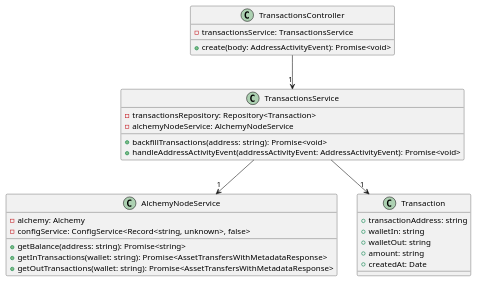
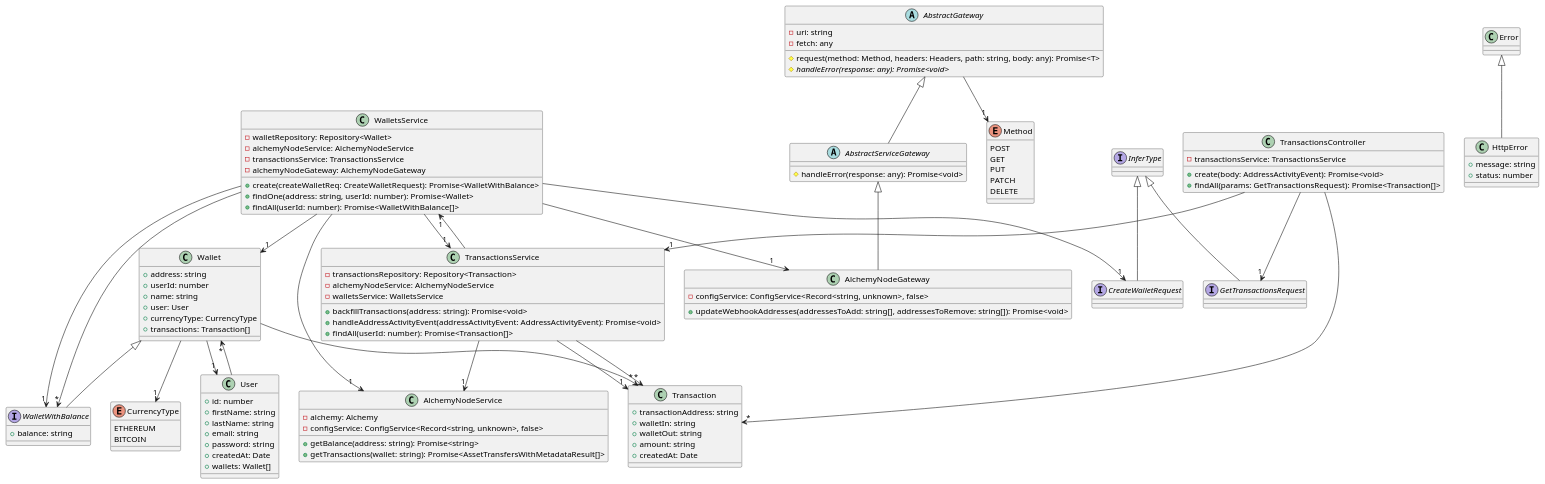
One commit to SOEN-490-Capstone/Cryptify changed the diagram in packages/docs/diagrams/class_diagram_eth-edge_transactions.puml. Above: the diagram before and after it, drawn with PlantUML. The commit also changed 17 other files, not shown here.

Commit message:
Update class diagrams

```diff
--- a/packages/docs/diagrams/class_diagram_eth-edge_transactions.puml
+++ b/packages/docs/diagrams/class_diagram_eth-edge_transactions.puml
@@ -1,29 +1,106 @@
 @startuml
 class AlchemyNodeService {
     -alchemy: Alchemy
     -configService: ConfigService<Record<string, unknown>, false>
     +getBalance(address: string): Promise<string>
-    +getInTransactions(wallet: string): Promise<AssetTransfersWithMetadataResponse>
-    +getOutTransactions(wallet: string): Promise<AssetTransfersWithMetadataResponse>
+    +getTransactions(wallet: string): Promise<AssetTransfersWithMetadataResult[]>
 }
 class Transaction {
     +transactionAddress: string
     +walletIn: string
     +walletOut: string
     +amount: string
     +createdAt: Date
 }
+class User {
+    +id: number
+    +firstName: string
+    +lastName: string
+    +email: string
+    +password: string
+    +createdAt: Date
+    +wallets: Wallet[]
+}
+enum CurrencyType {
+    ETHEREUM
+    BITCOIN
+}
+class Wallet {
+    +address: string
+    +userId: number
+    +name: string
+    +user: User
+    +currencyType: CurrencyType
+    +transactions: Transaction[]
+}
+interface CreateWalletRequest extends InferType
+interface WalletWithBalance extends Wallet {
+    +balance: string
+}
+abstract class AbstractGateway {
+    -uri: string
+    -fetch: any
+    #request(method: Method, headers: Headers, path: string, body: any): Promise<T>
+    #{abstract} handleError(response: any): Promise<void>
+}
+enum Method {
+    POST
+    GET
+    PUT
+    PATCH
+    DELETE
+}
+class HttpError extends Error {
+    +message: string
+    +status: number
+}
+abstract class AbstractServiceGateway extends AbstractGateway {
+    #handleError(response: any): Promise<void>
+}
+class AlchemyNodeGateway extends AbstractServiceGateway {
+    -configService: ConfigService<Record<string, unknown>, false>
+    +updateWebhookAddresses(addressesToAdd: string[], addressesToRemove: string[]): Promise<void>
+}
+class WalletsService {
+    -walletRepository: Repository<Wallet>
+    -alchemyNodeService: AlchemyNodeService
+    -transactionsService: TransactionsService
+    -alchemyNodeGateway: AlchemyNodeGateway
+    +create(createWalletReq: CreateWalletRequest): Promise<WalletWithBalance>
+    +findOne(address: string, userId: number): Promise<Wallet>
+    +findAll(userId: number): Promise<WalletWithBalance[]>
+}
 class TransactionsService {
     -transactionsRepository: Repository<Transaction>
     -alchemyNodeService: AlchemyNodeService
+    -walletsService: WalletsService
     +backfillTransactions(address: string): Promise<void>
     +handleAddressActivityEvent(addressActivityEvent: AddressActivityEvent): Promise<void>
+    +findAll(userId: number): Promise<Transaction[]>
 }
+interface GetTransactionsRequest extends InferType
 class TransactionsController {
     -transactionsService: TransactionsService
     +create(body: AddressActivityEvent): Promise<void>
+    +findAll(params: GetTransactionsRequest): Promise<Transaction[]>
 }
+User --> "*" Wallet
+Wallet --> "1" User
+Wallet --> "1" CurrencyType
+Wallet --> "*" Transaction
+AbstractGateway --> "1" Method
+WalletsService --> "1" Wallet
+WalletsService --> "1" AlchemyNodeService
+WalletsService --> "1" TransactionsService
+WalletsService --> "1" AlchemyNodeGateway
+WalletsService --> "1" CreateWalletRequest
+WalletsService --> "1" WalletWithBalance
+WalletsService --> "*" WalletWithBalance
 TransactionsService --> "1" Transaction
 TransactionsService --> "1" AlchemyNodeService
+TransactionsService --> "1" WalletsService
+TransactionsService --> "*" Transaction
 TransactionsController --> "1" TransactionsService
+TransactionsController --> "1" GetTransactionsRequest
+TransactionsController --> "*" Transaction
 @enduml
```
